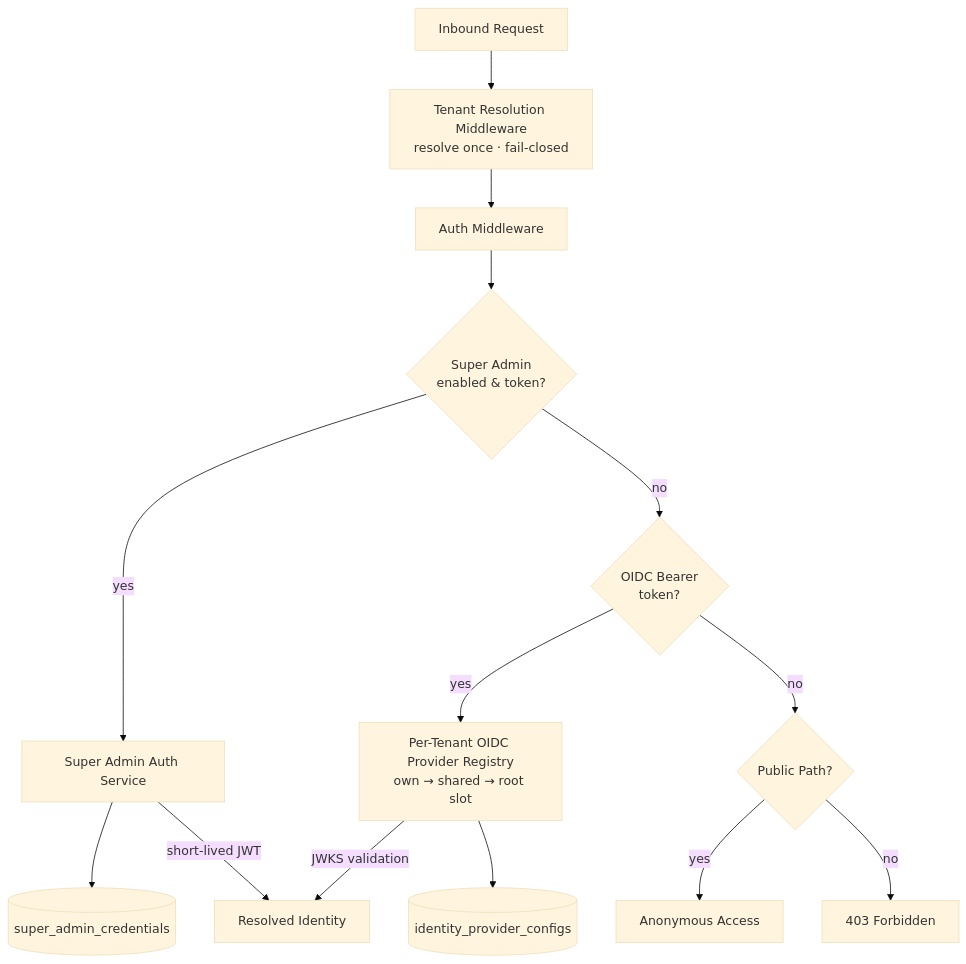
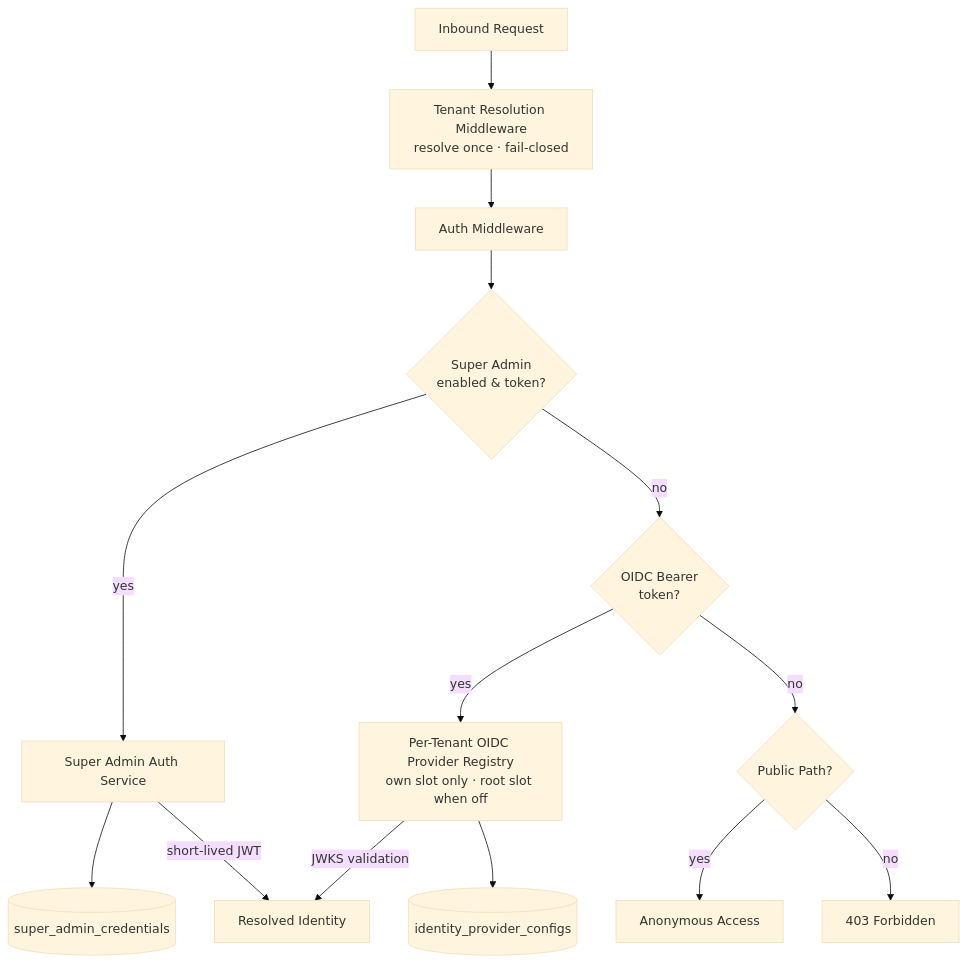
One commit to hurungang/parthenon changed the first of 3 diagrams in docs/master/architecture/modules/identity.md. Above: the diagram before and after it, drawn with Mermaid (base theme). The commit also changed other lines of this file and 231 other files, not shown here.

````diff
--- a/docs/master/architecture/modules/identity.md
+++ b/docs/master/architecture/modules/identity.md
@@ -18,19 +18,19 @@
 ```mermaid
 flowchart TD
     REQ[Inbound Request] --> TRM[Tenant Resolution Middleware<br/>resolve once · fail-closed]
     TRM --> AM[Auth Middleware]
 
     AM --> SA{Super Admin<br/>enabled & token?}
     SA -->|yes| SAR[Super Admin Auth Service]
     SAR --> SAC[(super_admin_credentials)]
     SAR -->|short-lived JWT| ID[Resolved Identity]
 
     SA -->|no| OIDC{OIDC Bearer<br/>token?}
-    OIDC -->|yes| OPR[Per-Tenant OIDC Provider Registry<br/>own → shared → root slot]
+    OIDC -->|yes| OPR[Per-Tenant OIDC Provider Registry<br/>own slot only · root slot when off]
     OPR --> IPC[(identity_provider_configs)]
     OPR -->|JWKS validation| ID
 
     OIDC -->|no| PUB{Public Path?}
     PUB -->|yes| ANON[Anonymous Access]
     PUB -->|no| DENY[403 Forbidden]
 ```
````
